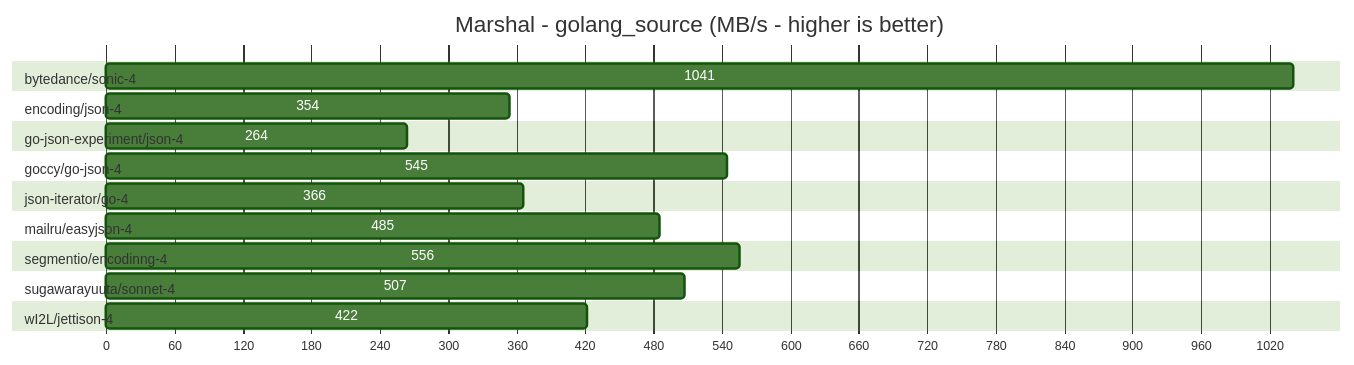
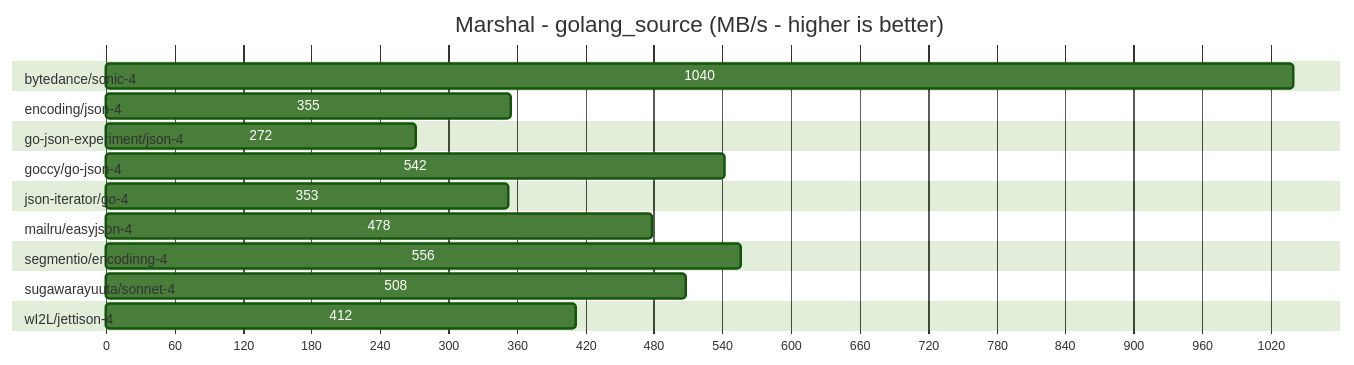
One commit to sugawarayuuta/benchmark changed the third of 12 diagrams in README.md. Above: the diagram before and after it, drawn with Mermaid (forest theme). The commit also changed other lines of this file and 3 other files, not shown here.

````diff
--- a/README.md
+++ b/README.md
@@ -53,25 +53,25 @@
 ```mermaid
 gantt
 title Marshal - golang_source (MB/s - higher is better)
 dateFormat X
 axisFormat %s
 
 section bytedance/sonic-4                   
-1041 :0, 1041
+1040 :0, 1040
 section encoding/json-4                     
-354 :0, 354
+355 :0, 355
 section go-json-experiment/json-4           
-264 :0, 264
+272 :0, 272
 section goccy/go-json-4                     
-545 :0, 545
+542 :0, 542
 section json-iterator/go-4                  
-366 :0, 366
+353 :0, 353
 section mailru/easyjson-4                   
-485 :0, 485
+478 :0, 478
 section segmentio/encodinng-4               
 556 :0, 556
 section sugawarayuuta/sonnet-4              
-507 :0, 507
+508 :0, 508
 section wI2L/jettison-4                     
-422 :0, 422
+412 :0, 412
 ```
````
